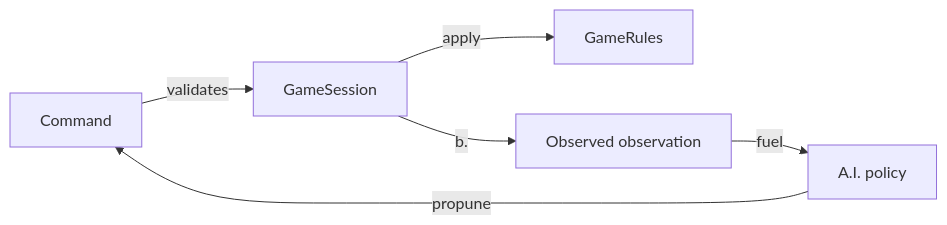
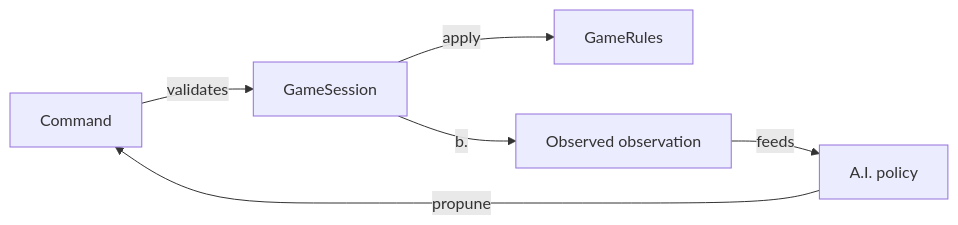
One commit to crististefanita/atf_j4 changed the diagram in whist-lab-app/game-core/README.md. Above: the diagram before and after it, drawn with Mermaid. The commit also changed other lines of this file and 84 other files, not shown here.

````diff
--- a/whist-lab-app/game-core/README.md
+++ b/whist-lab-app/game-core/README.md
@@ -13,8 +13,8 @@
 ```mermaid
 flowchart LR
     CMD[Command] -->|validates| SESSION[GameSession]
     SESSION -->|apply| RULES[GameRules]
     SESSION -->|b.| OBS[Observed observation]
-    OBS -->|fuel| POLICY[A.I. policy]
+    OBS -->|feeds| POLICY[A.I. policy]
     POLICY -->|propune| CMD
 ```
````
